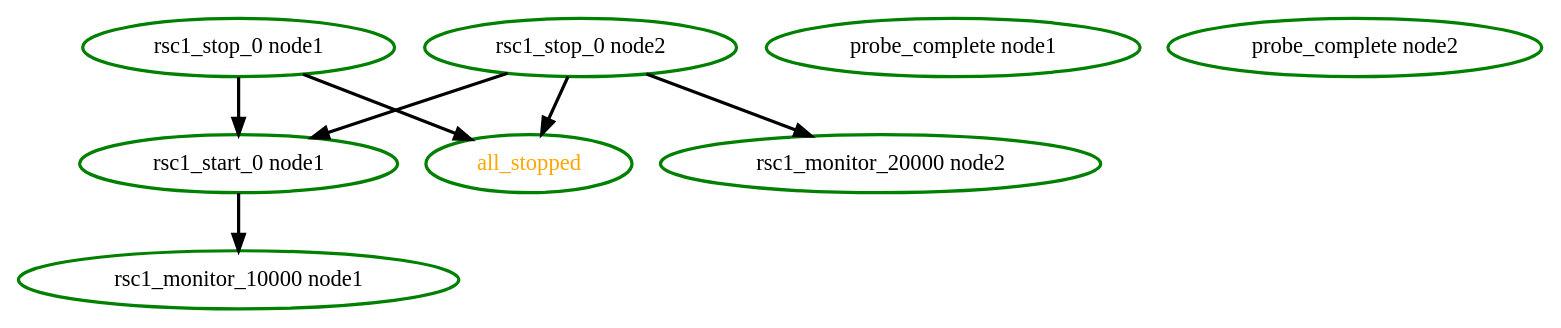
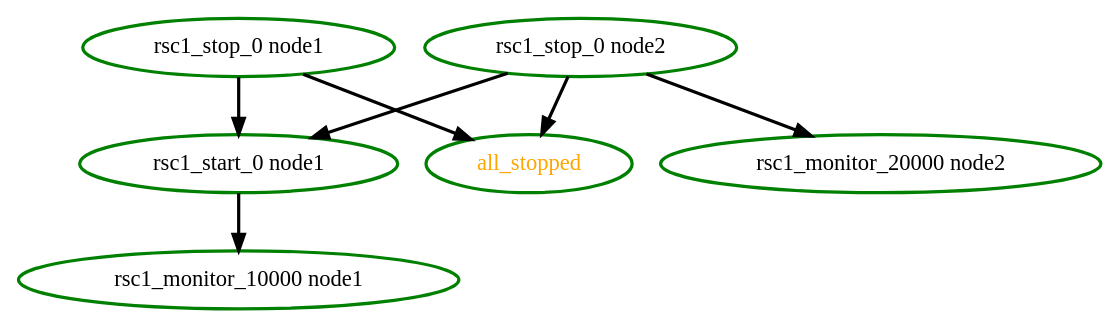
Before and after one commit to ClusterLabs/pacemaker: the diagram in pengine/test10/stopped-monitor-02.dot, drawn with Graphviz. The commit also changed 1336 other files, not shown here.

First line of the commit message:
Feature: PE: drop probe_complete actions

```diff
--- a/pengine/test10/stopped-monitor-02.dot
+++ b/pengine/test10/stopped-monitor-02.dot
@@ -1,16 +1,14 @@
 digraph "g" {
 "all_stopped" [ style=bold color="green" fontcolor="orange" ]
-"probe_complete node1" [ style=bold color="green" fontcolor="black" ]
-"probe_complete node2" [ style=bold color="green" fontcolor="black" ]
 "rsc1_monitor_10000 node1" [ style=bold color="green" fontcolor="black" ]
 "rsc1_monitor_20000 node2" [ style=bold color="green" fontcolor="black" ]
 "rsc1_start_0 node1" -> "rsc1_monitor_10000 node1" [ style = bold]
 "rsc1_start_0 node1" [ style=bold color="green" fontcolor="black" ]
 "rsc1_stop_0 node1" -> "all_stopped" [ style = bold]
 "rsc1_stop_0 node1" -> "rsc1_start_0 node1" [ style = bold]
 "rsc1_stop_0 node1" [ style=bold color="green" fontcolor="black" ]
 "rsc1_stop_0 node2" -> "all_stopped" [ style = bold]
 "rsc1_stop_0 node2" -> "rsc1_monitor_20000 node2" [ style = bold]
 "rsc1_stop_0 node2" -> "rsc1_start_0 node1" [ style = bold]
 "rsc1_stop_0 node2" [ style=bold color="green" fontcolor="black" ]
 }
```
